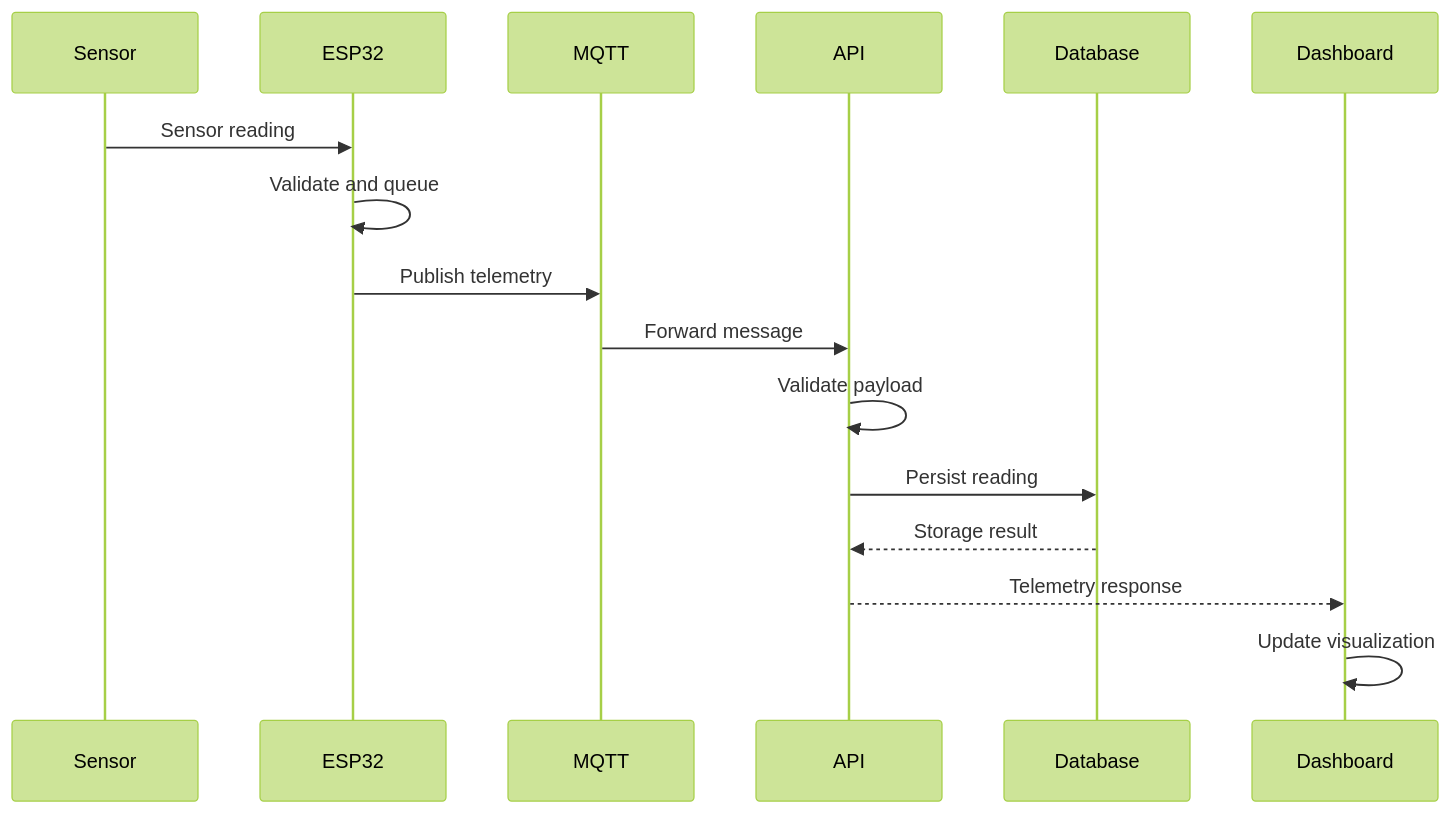
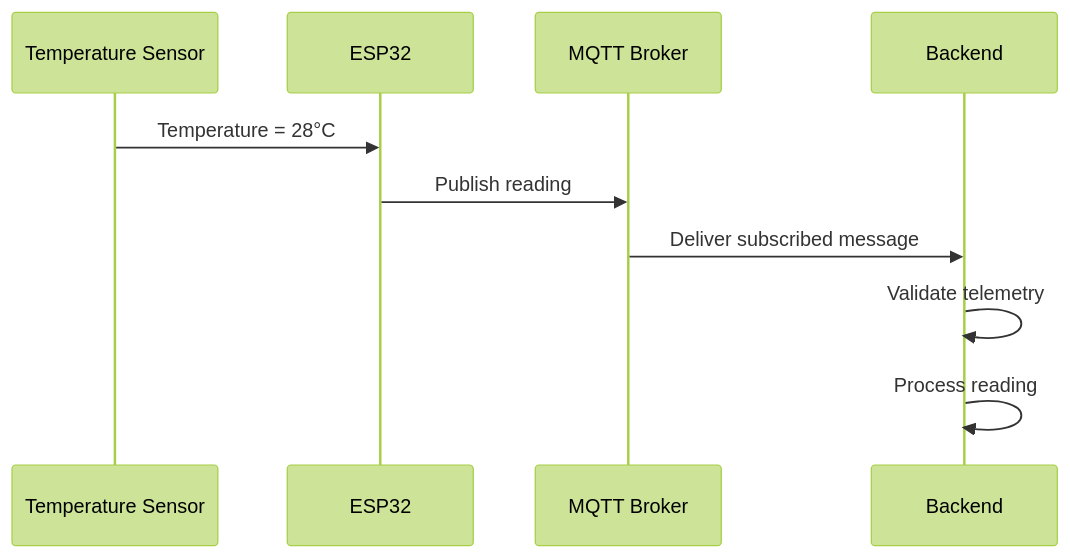
Before and after one commit to chamanvashishth/MW-SENSE: the third of 5 diagrams in README.md, drawn with Mermaid (forest theme). The commit also changed other lines of this file, not shown here.

````diff
--- a/README.md
+++ b/README.md
@@ -73,19 +223,13 @@
 ```mermaid
 sequenceDiagram
-    participant S as Sensor
+    participant S as Temperature Sensor
     participant E as ESP32
-    participant M as MQTT
-    participant A as API
-    participant D as Database
-    participant U as Dashboard
+    participant B as MQTT Broker
+    participant A as Backend
 
-    S->>E: Sensor reading
-    E->>E: Validate and queue
-    E->>M: Publish telemetry
-    M->>A: Forward message
-    A->>A: Validate payload
-    A->>D: Persist reading
-    D-->>A: Storage result
-    A-->>U: Telemetry response
-    U->>U: Update visualization
+    S->>E: Temperature = 28°C
+    E->>B: Publish reading
+    B->>A: Deliver subscribed message
+    A->>A: Validate telemetry
+    A->>A: Process reading
 ```
````
